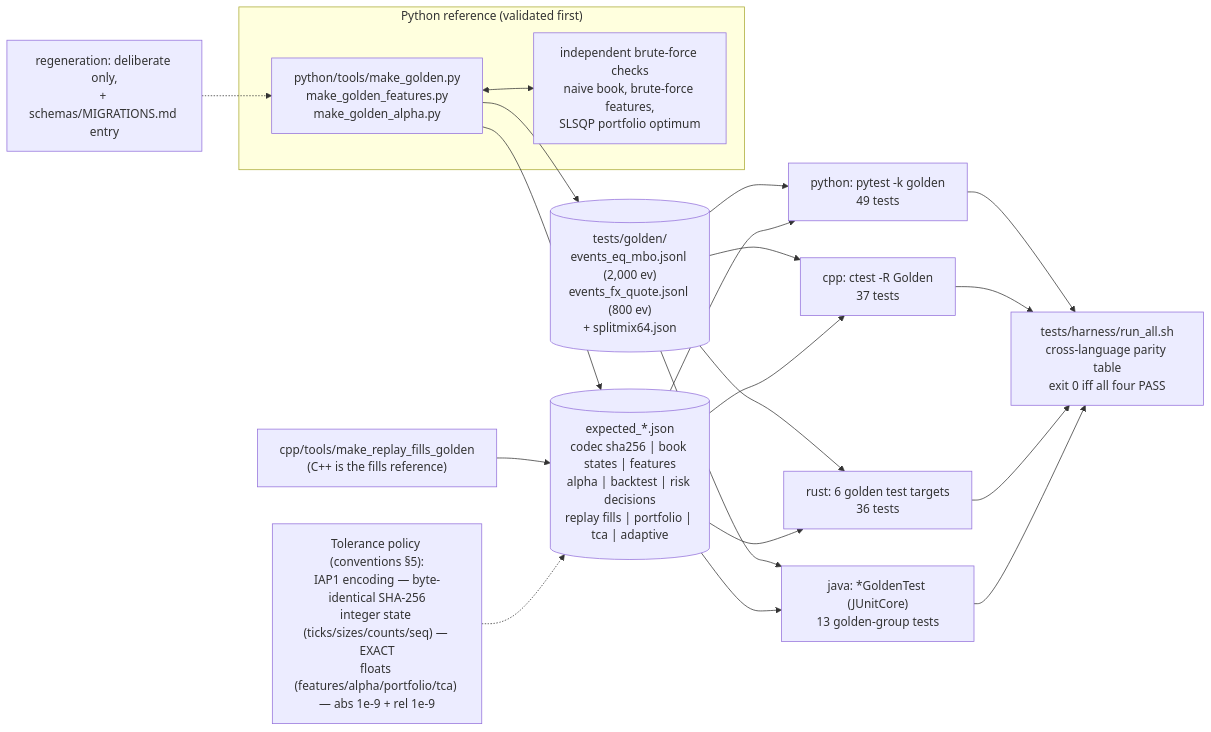
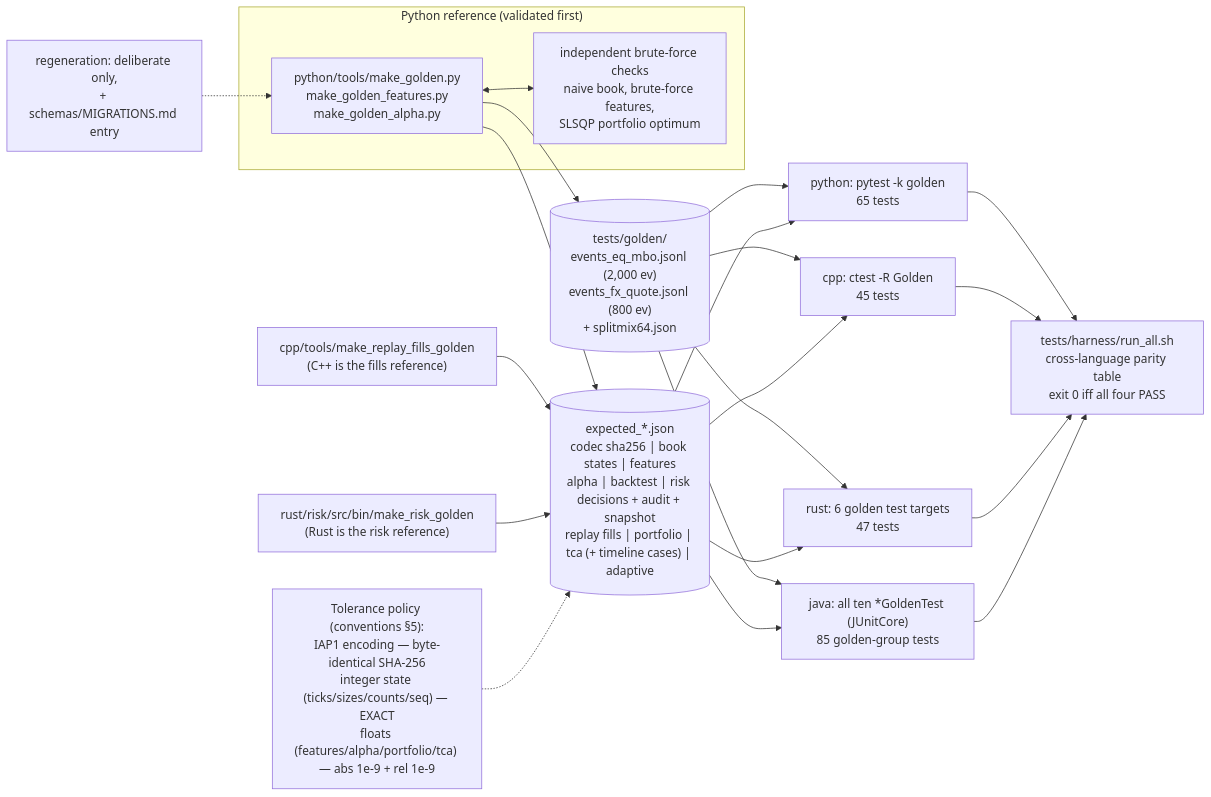
Before and after one commit to AshJha0/intraday-alpha-platform: the second of 6 diagrams in docs/DIAGRAMS.md, drawn with Mermaid. The commit also changed other lines of this file and 422 other files, not shown here.

````diff
--- a/docs/DIAGRAMS.md
+++ b/docs/DIAGRAMS.md
@@ -44,25 +45,26 @@
 ```mermaid
 flowchart LR
     subgraph REF["Python reference (validated first)"]
         MG["python/tools/make_golden.py<br/>make_golden_features.py<br/>make_golden_alpha.py"]
         BF["independent brute-force checks<br/>naive book, brute-force features,<br/>SLSQP portfolio optimum"]
         MG <--> BF
     end
     MG --> GV[("tests/golden/<br/>events_eq_mbo.jsonl (2,000 ev)<br/>events_fx_quote.jsonl (800 ev)<br/>+ splitmix64.json")]
-    MG --> EXP[("expected_*.json<br/>codec sha256 | book states | features<br/>alpha | backtest | risk decisions<br/>replay fills | portfolio | tca | adaptive")]
+    MG --> EXP[("expected_*.json<br/>codec sha256 | book states | features<br/>alpha | backtest | risk decisions + audit + snapshot<br/>replay fills | portfolio | tca (+ timeline cases) | adaptive")]
     CPPTOOL["cpp/tools/make_replay_fills_golden<br/>(C++ is the fills reference)"] --> EXP
-    GV --> PY["python: pytest -k golden<br/>49 tests"]
-    GV --> CPP["cpp: ctest -R Golden<br/>37 tests"]
-    GV --> RS["rust: 6 golden test targets<br/>36 tests"]
-    GV --> JV["java: *GoldenTest (JUnitCore)<br/>13 golden-group tests"]
+    RSTOOL["rust/risk/src/bin/make_risk_golden<br/>(Rust is the risk reference)"] --> EXP
+    GV --> PY["python: pytest -k golden<br/>65 tests"]
+    GV --> CPP["cpp: ctest -R Golden<br/>45 tests"]
+    GV --> RS["rust: 6 golden test targets<br/>47 tests"]
+    GV --> JV["java: all ten *GoldenTest (JUnitCore)<br/>85 golden-group tests"]
     EXP --> PY
     EXP --> CPP
     EXP --> RS
     EXP --> JV
     PY --> TAB["tests/harness/run_all.sh<br/>cross-language parity table<br/>exit 0 iff all four PASS"]
     CPP --> TAB
     RS --> TAB
     JV --> TAB
     TOL["Tolerance policy (conventions §5):<br/>IAP1 encoding — byte-identical SHA-256<br/>integer state (ticks/sizes/counts/seq) — EXACT<br/>floats (features/alpha/portfolio/tca) — abs 1e-9 + rel 1e-9"] -.-> EXP
     MIG["regeneration: deliberate only,<br/>+ schemas/MIGRATIONS.md entry"] -.-> MG
 ```
````
